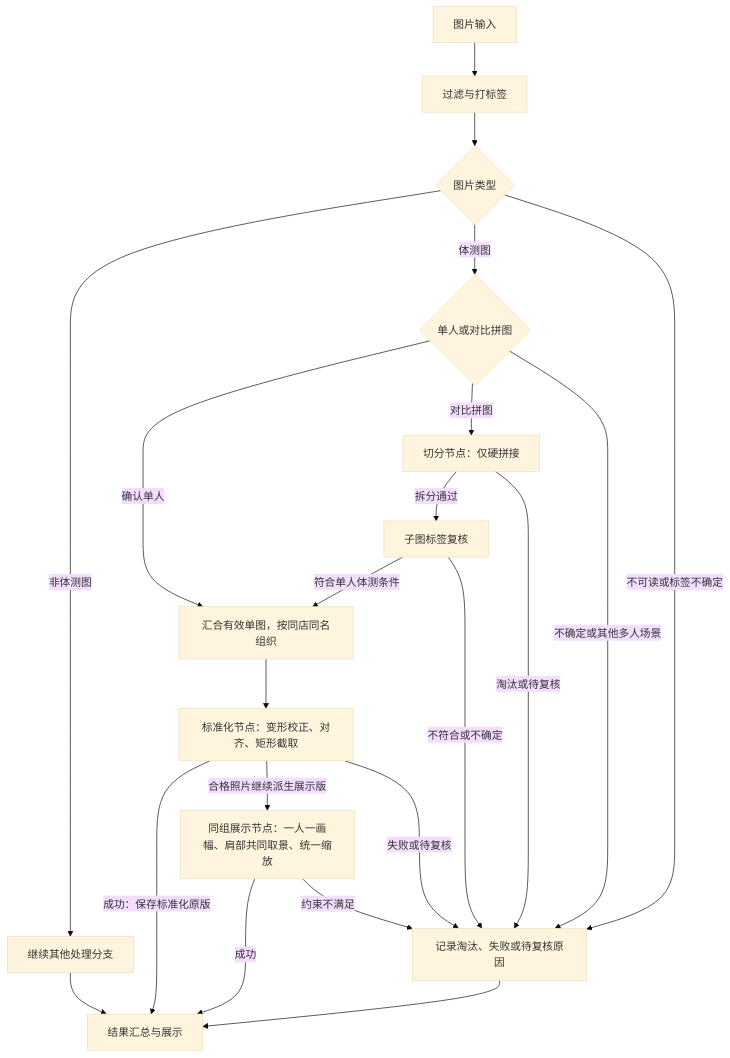
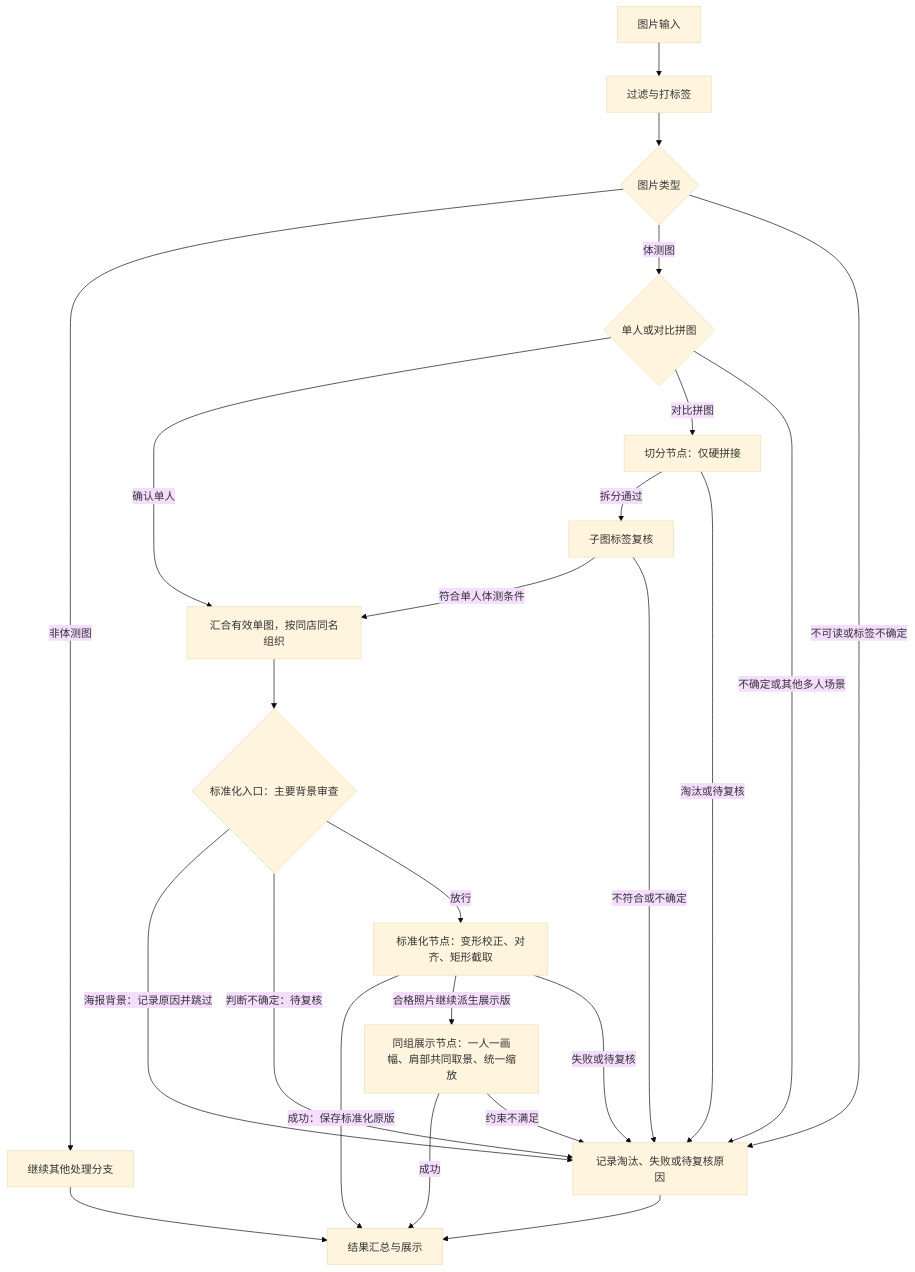
One commit to zmdo/smart-pos changed the diagram in docs/workflows/body-scan-processing.md. Above: the diagram before and after it, drawn with Mermaid (base theme). The commit also changed other lines of this file and 12 other files, not shown here.

````diff
--- a/docs/workflows/body-scan-processing.md
+++ b/docs/workflows/body-scan-processing.md
@@ -19,23 +19,26 @@
 ```mermaid
 flowchart TD
     A[图片输入] --> B[过滤与打标签]
     B --> C{图片类型}
     C -->|非体测图| O[继续其他处理分支]
     C -->|体测图| D{单人或对比拼图}
     C -->|不可读或标签不确定| X[记录淘汰、失败或待复核原因]
     D -->|确认单人| M[汇合有效单图，按同店同名组织]
     D -->|对比拼图| P[切分节点：仅硬拼接]
     D -->|不确定或其他多人场景| X
     P -->|拆分通过| F[子图标签复核]
     P -->|淘汰或待复核| X
     F -->|符合单人体测条件| M
     F -->|不符合或不确定| X
-    M --> S[标准化节点：变形校正、对齐、矩形截取]
+    M --> BGS{标准化入口：主要背景审查}
+    BGS -->|海报背景：记录原因并跳过| X
+    BGS -->|判断不确定：待复核| X
+    BGS -->|放行| S[标准化节点：变形校正、对齐、矩形截取]
     S -->|成功：保存标准化原版| R[结果汇总与展示]
     S -->|合格照片继续派生展示版| G[同组展示节点：一人一画幅、肩部共同取景、统一缩放]
     G -->|成功| R
     G -->|约束不满足| X
     S -->|失败或待复核| X
     O --> R
     X --> R
 ```
````
